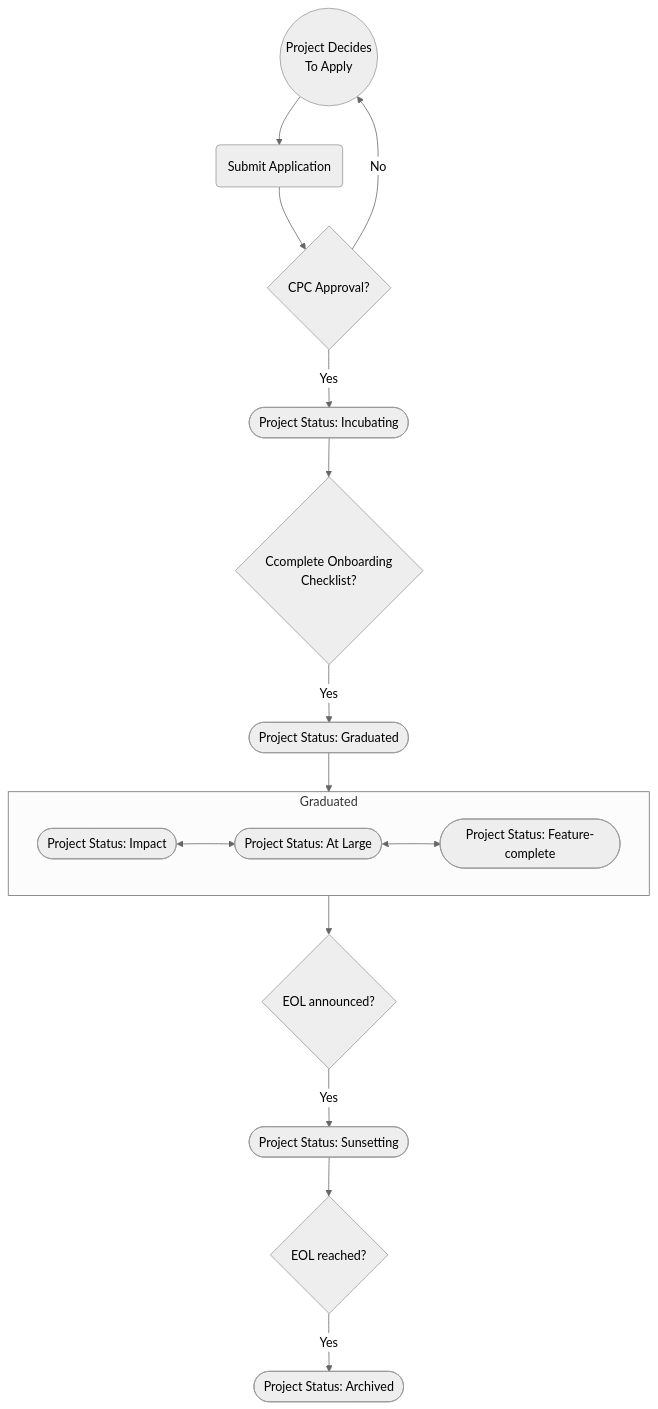
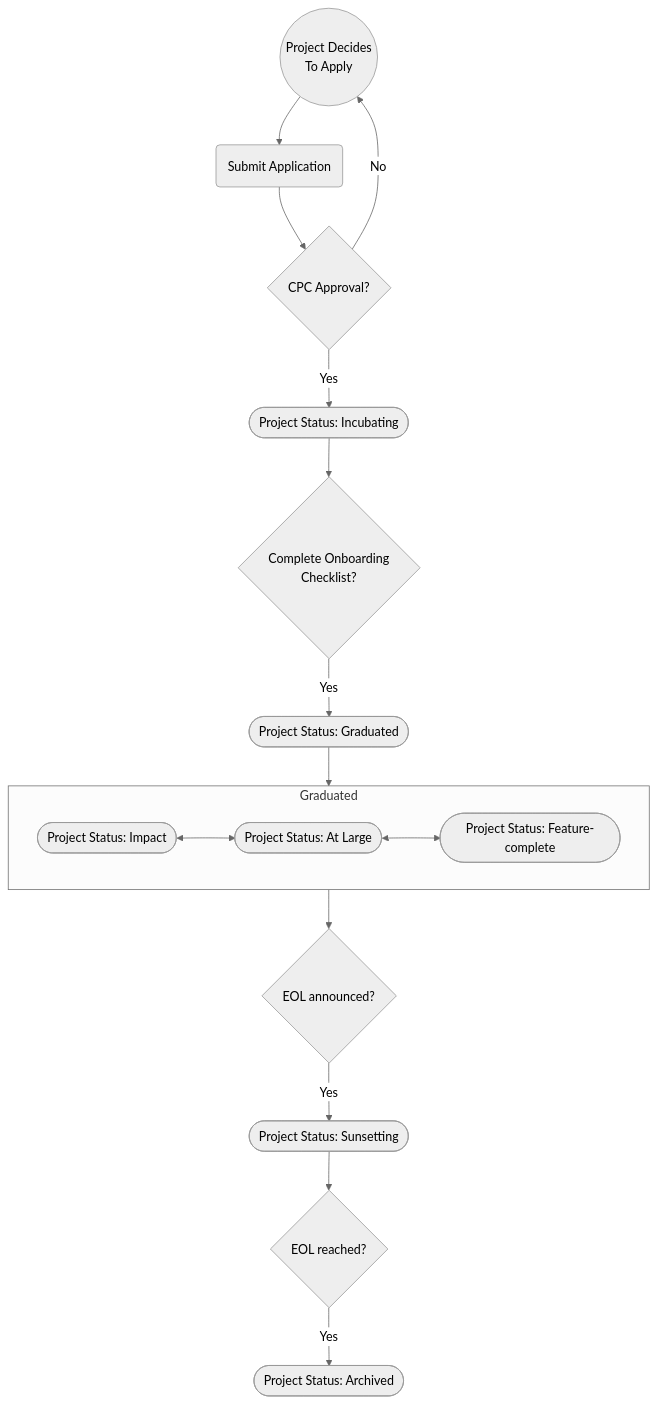
Before and after one commit to openjs-foundation/cross-project-council: the diagram in PROJECT_PROGRESSION.md, drawn with Mermaid (neutral theme).

````diff
--- a/PROJECT_PROGRESSION.md
+++ b/PROJECT_PROGRESSION.md
@@ -17,20 +17,20 @@
 ```mermaid
 
 flowchart TD
     A((Project Decides\nTo Apply)) --> 
     B(Submit Application)
     B --> C{CPC Approval?}    
     C --> |No|A
     C --> |Yes|D([Project Status: Incubating])
-    D --> E{Ccomplete Onboarding\n Checklist?}
+    D --> E{Complete Onboarding\n Checklist?}
     E --> |Yes|F([Project Status: Graduated])
     F --> Graduated 
     subgraph Graduated
        direction LR
        a([Project Status: Impact]) <--> b([Project Status: At Large]) <--> G([Project Status: Feature-complete])
     end
     Graduated --> J{EOL announced?}
     J --> |Yes| H([Project Status: Sunsetting])
     H --> K{EOL reached?}
     K --> |Yes| I([Project Status: Archived])
 ```
````
